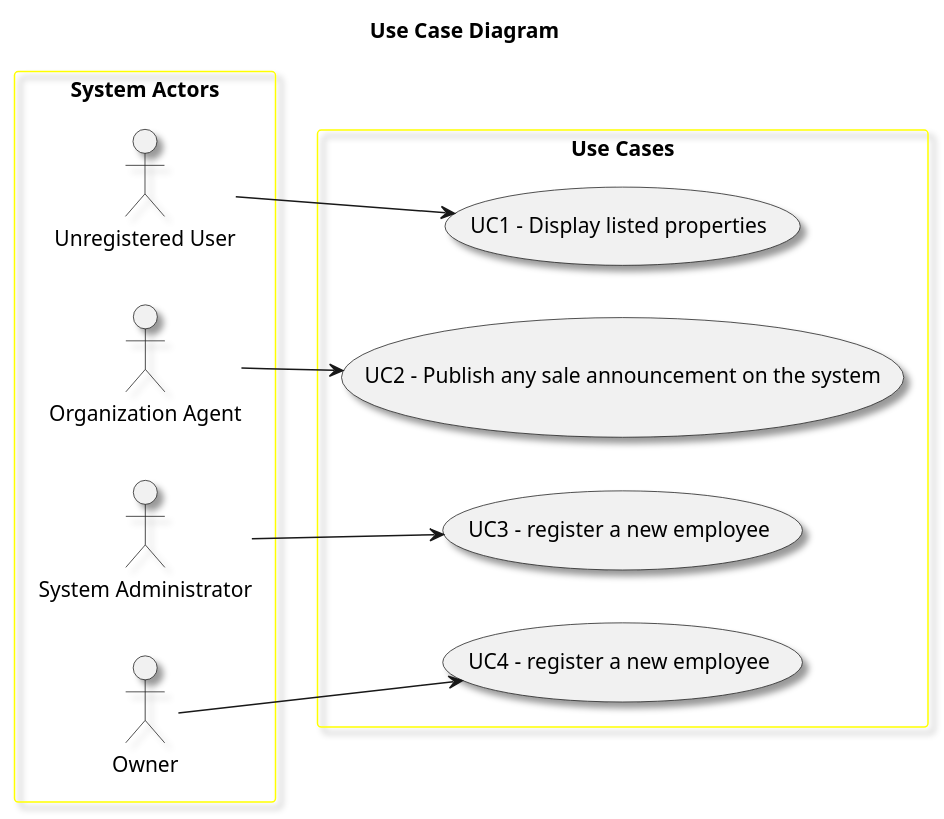
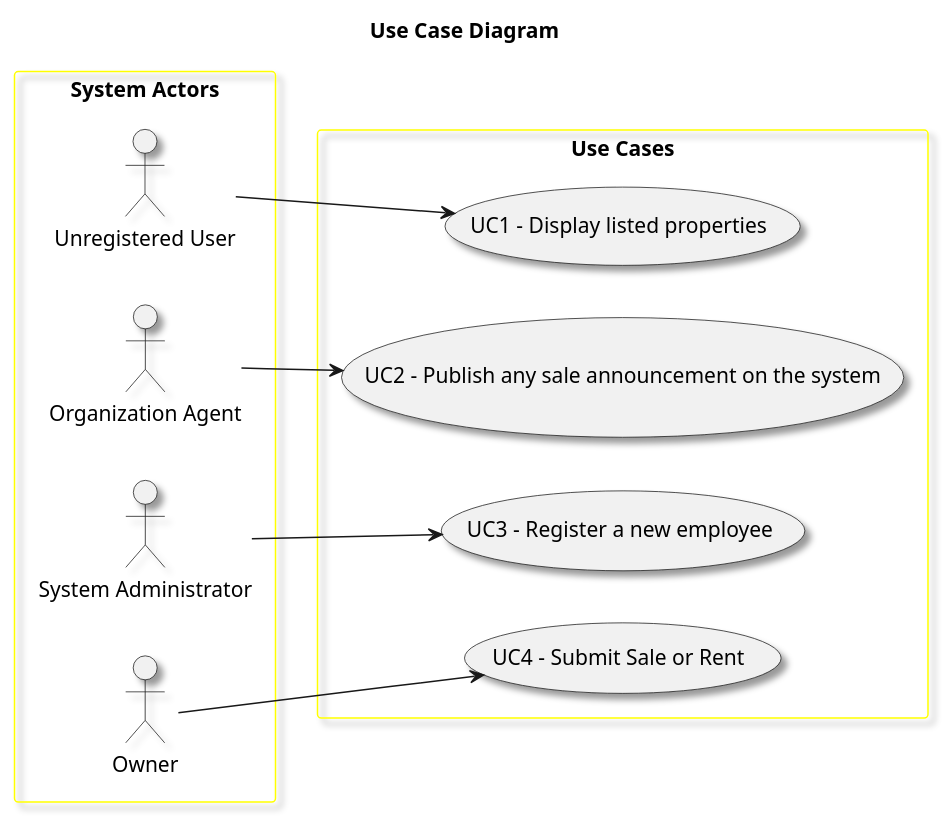
The diagram in docs/sprintA/global-artifacts/01.requirements-engineering/puml/use-case-diagram.puml (Goncalves2525/real-estate-management-system), drawn with PlantUML before and after one commit. The commit also changed 1 other file, not shown here.

Commit message:
Use Case Diagram - edit

```diff
--- a/docs/sprintA/global-artifacts/01.requirements-engineering/puml/use-case-diagram.puml
+++ b/docs/sprintA/global-artifacts/01.requirements-engineering/puml/use-case-diagram.puml
@@ -1,36 +1,36 @@
 @startuml
 'skinparam monochrome true
 skinparam packageStyle rectangle
 skinparam shadowing true
 
 skinparam rectangle{
     BorderColor yellow
 }
 
 title Use Case Diagram
 
 left to right direction
 
 rectangle "System Actors" as actors {
     actor "Unregistered User"
     actor "Organization Agent"
     actor "System Administrator"
     actor "Owner"
 }
 
 
 rectangle "Use Cases" as usecases{
     usecase "UC1 - Display listed properties" as UC1
     "Unregistered User" --> UC1
     usecase "UC2 - Publish any sale announcement on the system" as UC2
         "Organization Agent" --> UC2
-    usecase "UC3 - register a new employee" as UC3
+    usecase "UC3 - Register a new employee" as UC3
             "System Administrator" --> UC3
-    usecase "UC4 - register a new employee" as UC4
+    usecase "UC4 - Submit Sale or Rent" as UC4
                 "Owner" --> UC4
 }
 
 
 
 
 @enduml
```
